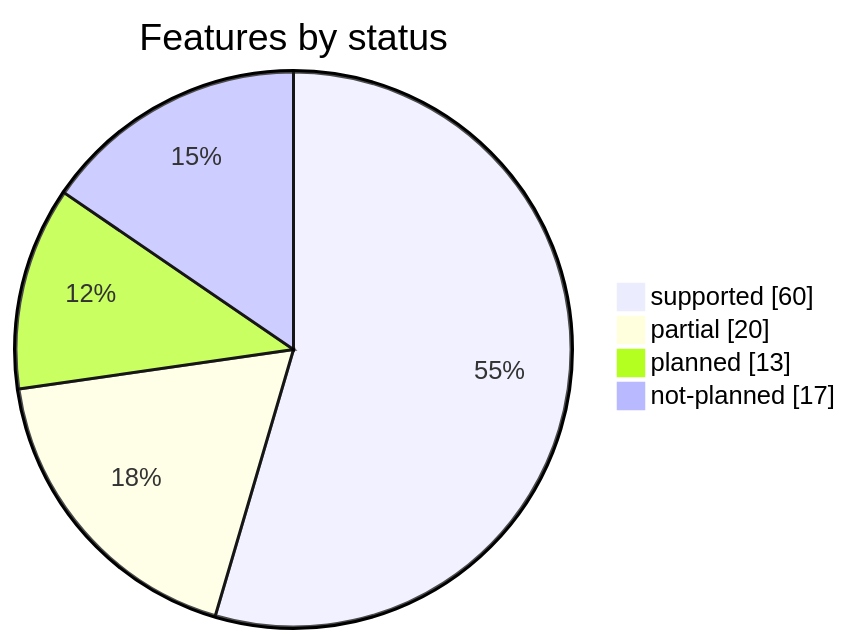
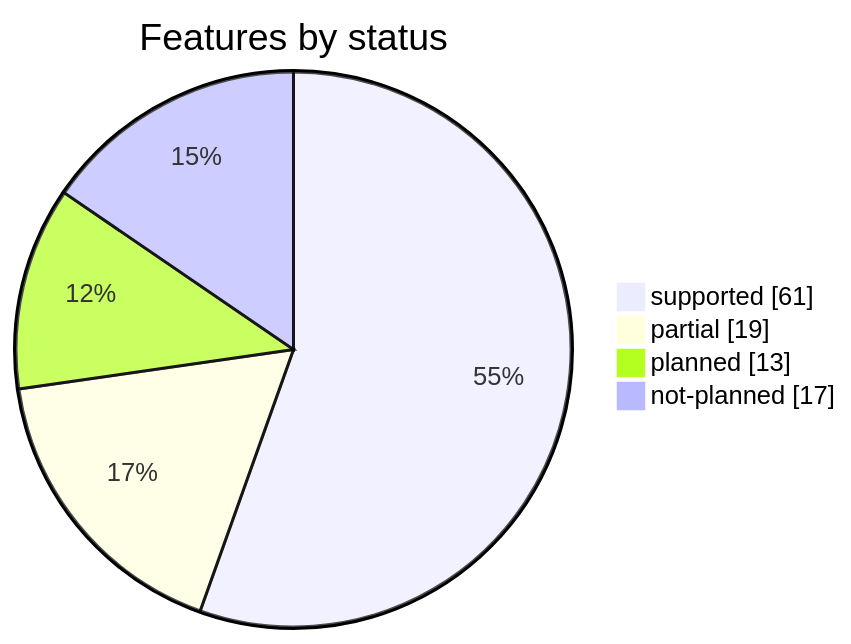
The second of 2 diagrams in docs/COVERAGE.md (rafaelvieiras/tinyfin), drawn with Mermaid before and after one commit. The commit also changed other lines of this file and 25 other files, not shown here.

````diff
--- a/docs/COVERAGE.md
+++ b/docs/COVERAGE.md
@@ -45,7 +45,7 @@
 ```mermaid
 pie showData title Features by status
-    "supported" : 60
-    "partial" : 20
+    "supported" : 61
+    "partial" : 19
     "planned" : 13
     "not-planned" : 17
 ```
````
